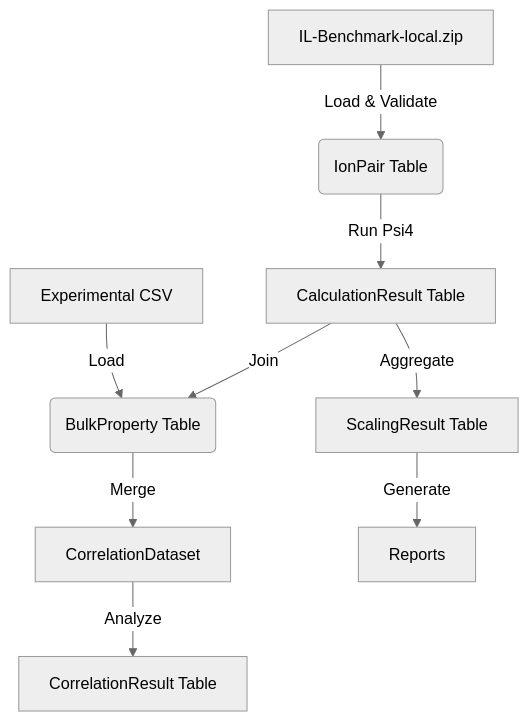
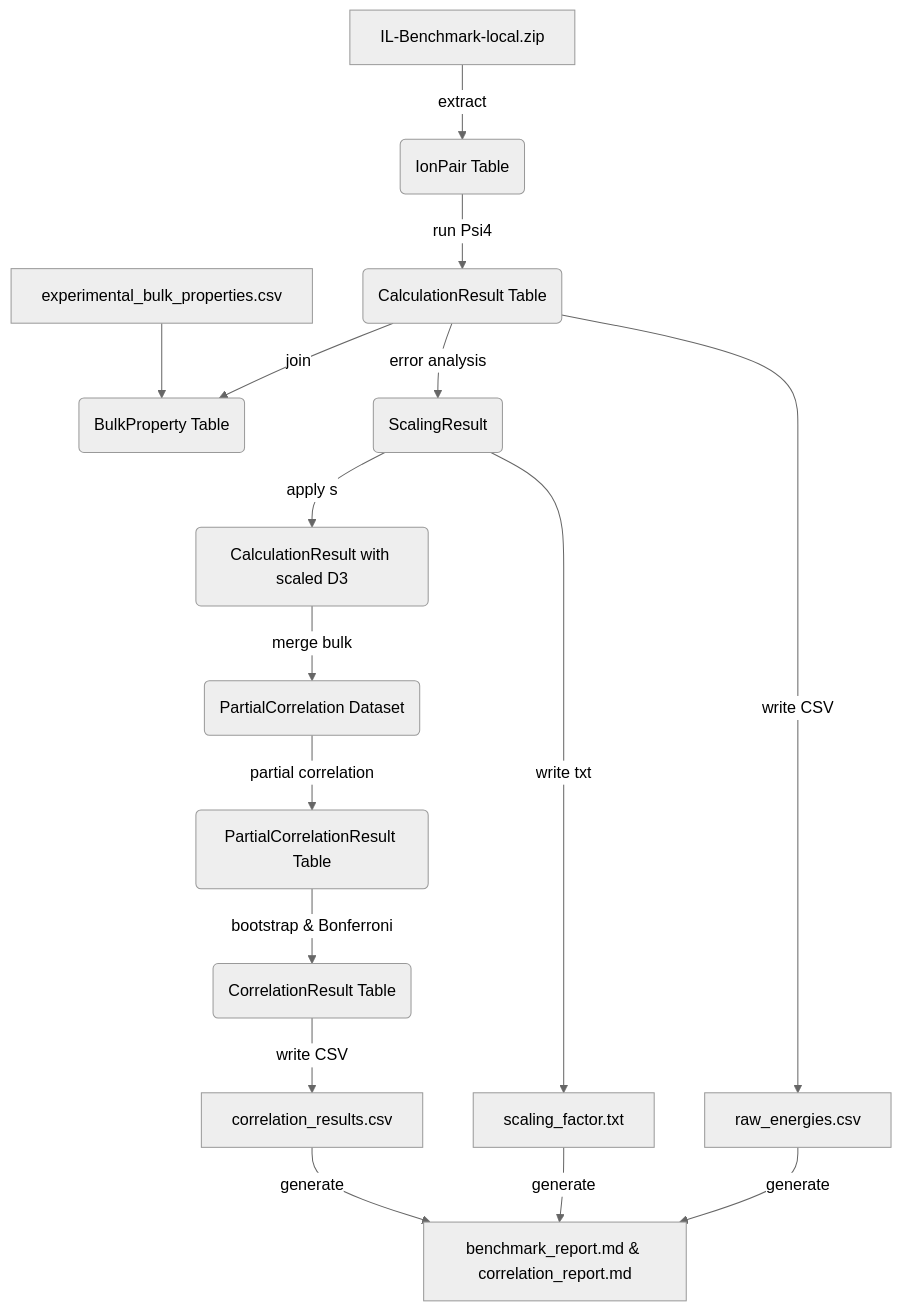
Before and after one commit to ContextLab/llmXive: the diagram in projects/PROJ-735-transferability-of-dft-d3-dispersion-to-/specs/001-transferability-of-dft-d3-dispersion-to/data-model.md, drawn with Mermaid (neutral theme). The commit also changed other lines of this file and 15 other files, not shown here.

````diff
--- a/projects/PROJ-735-transferability-of-dft-d3-dispersion-to-/specs/001-transferability-of-dft-d3-dispersion-to/data-model.md
+++ b/projects/PROJ-735-transferability-of-dft-d3-dispersion-to-/specs/001-transferability-of-dft-d3-dispersion-to/data-model.md
@@ -45,11 +32,16 @@
 ```mermaid
 graph TD
-    A[IL-Benchmark-local.zip] -->|Load & Validate| B(IonPair Table)
-    C[Experimental CSV] -->|Load| D(BulkProperty Table)
-    B -->|Run Psi4| E[CalculationResult Table]
-    E -->|Join| D
-    D -->|Merge| F[CorrelationDataset]
-    F -->|Analyze| G[CorrelationResult Table]
-    E -->|Aggregate| H[ScalingResult Table]
-    H -->|Generate| I[Reports]
+    A[IL‑Benchmark‑local.zip] -->|extract| B(IonPair Table)
+    C[experimental_bulk_properties.csv] --> D(BulkProperty Table)
+    B -->|run Psi4| E(CalculationResult Table)
+    E -->|join| D
+    E -->|error analysis| F(ScalingResult)
+    F -->|apply s| G(CalculationResult with scaled D3)
+    G -->|merge bulk| H(PartialCorrelation Dataset)
+    H -->|partial correlation| I(PartialCorrelationResult Table)
+    I -->|bootstrap & Bonferroni| J(CorrelationResult Table)
+    J -->|write CSV| K[correlation_results.csv]
+    E -->|write CSV| L[raw_energies.csv]
+    F -->|write txt| M[scaling_factor.txt]
+    K & L & M -->|generate| N[benchmark_report.md & correlation_report.md]
 ```
````
